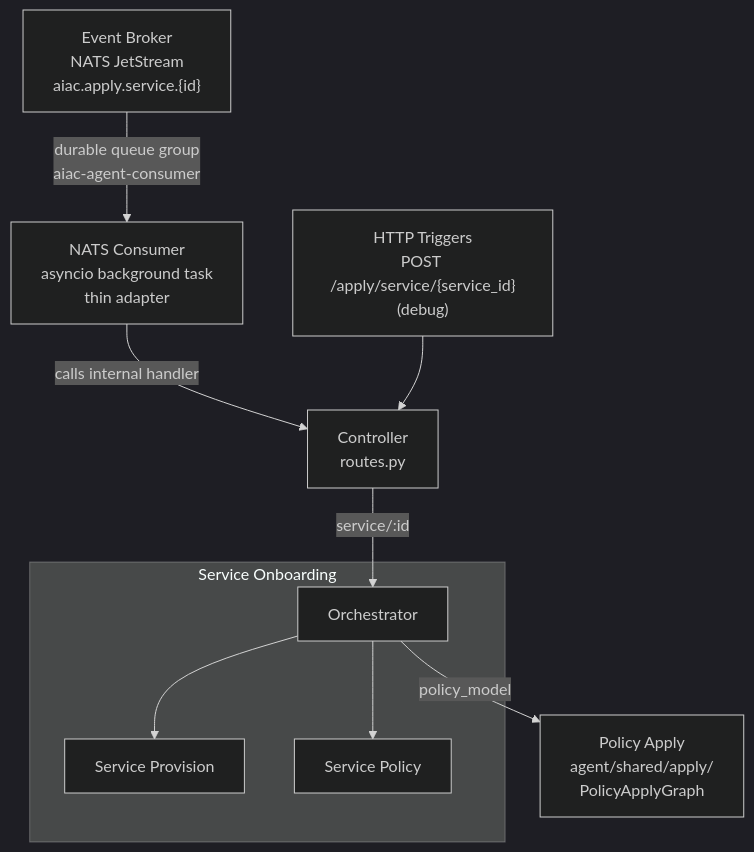
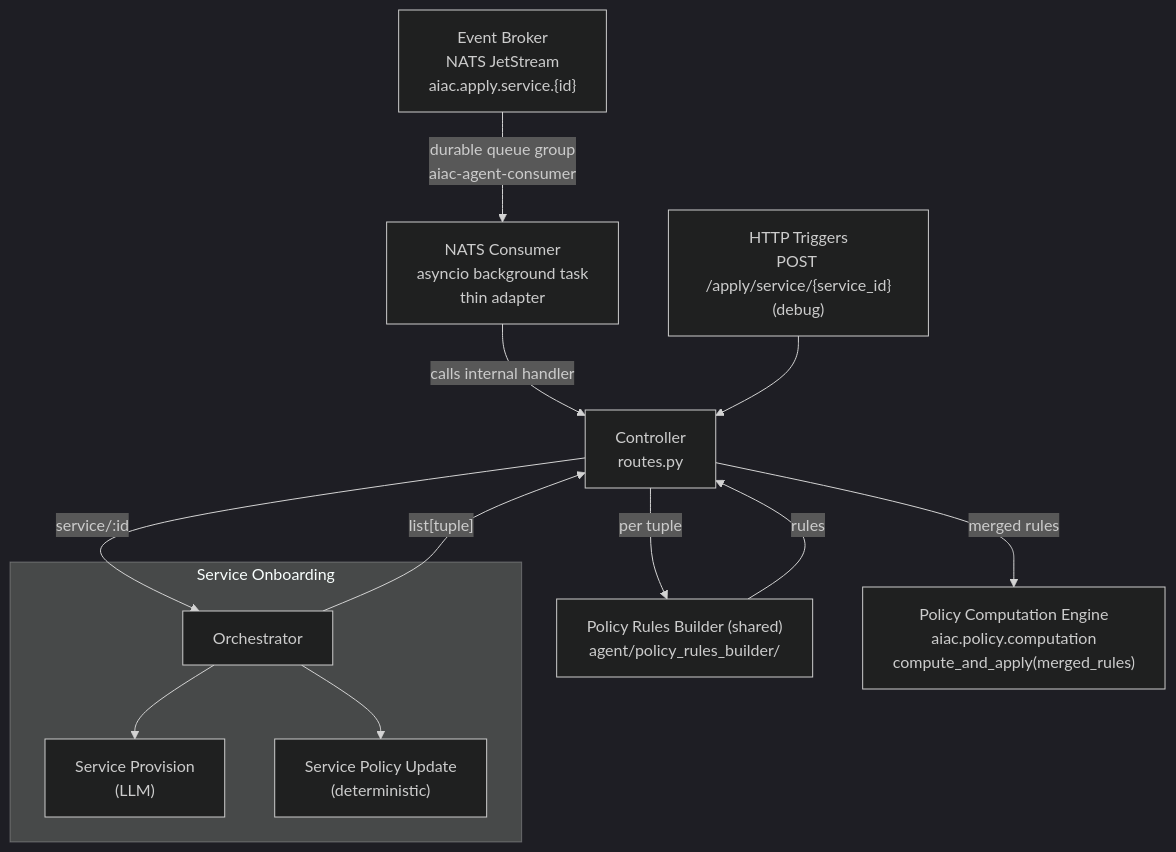
Before and after one commit to rossoctl/aiac: the diagram in inception/requirements/components/aiac-agent/uc1-service-onboarding.md, drawn with Mermaid (dark theme). The commit also changed other lines of this file and 2 other files, not shown here.

First line of the commit message:
docs(aiac-agent): rewrite UC1, UC2, UC3 sub-PRDs per grill-me session

````diff
--- a/inception/requirements/components/aiac-agent/uc1-service-onboarding.md
+++ b/inception/requirements/components/aiac-agent/uc1-service-onboarding.md
@@ -11,25 +21,28 @@
 ```mermaid
 flowchart TD
     NATS["Event Broker\nNATS JetStream\naiac.apply.service.{id}"]
     NATS_CONSUMER["NATS Consumer\nasyncio background task\nthin adapter"]
     TRIGGERS["HTTP Triggers\nPOST /apply/service/{service_id}\n(debug)"]
     CTRL["Controller\nroutes.py"]
 
     NATS -->|"durable queue group\naiac-agent-consumer"| NATS_CONSUMER
     NATS_CONSUMER -->|"calls internal handler"| CTRL
     TRIGGERS --> CTRL
 
     subgraph CO["Service Onboarding"]
-        ORC1["Orchestrator"]
-        SA1["Service Provision"]
-        SA2["Service Policy"]
-        ORC1 --> SA1
-        ORC1 --> SA2
+        ORC["Orchestrator"]
+        SA_PROV["Service Provision\n(LLM)"]
+        SA_POL["Service Policy Update\n(deterministic)"]
+        ORC --> SA_PROV
+        ORC --> SA_POL
     end
 
-    APPLY["Policy Apply\nagent/shared/apply/\nPolicyApplyGraph"]
+    PRB["Policy Rules Builder (shared)\nagent/policy_rules_builder/"]
+    PCE["Policy Computation Engine\naiac.policy.computation\ncompute_and_apply(merged_rules)"]
 
-    ORC1 -->|"policy_model"| APPLY
-
-    CTRL -->|"service/:id"| ORC1
+    CTRL -->|"service/:id"| ORC
+    ORC -->|"list[tuple]"| CTRL
+    CTRL -->|"per tuple"| PRB
+    PRB -->|"rules"| CTRL
+    CTRL -->|"merged rules"| PCE
 ```
````
